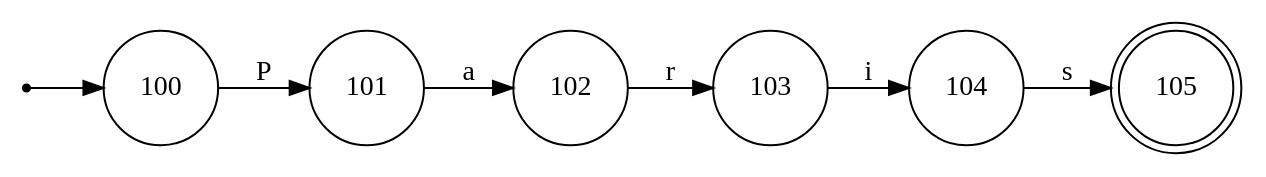
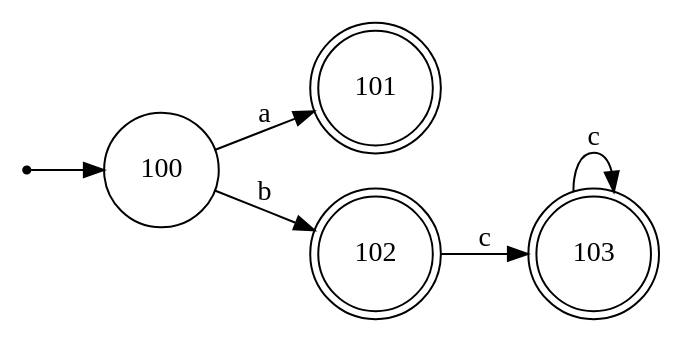
The diagram in automate_out/automateDFA.dot (zyucccc/DAAR_Petit_Projet), drawn with Graphviz before and after one commit. The commit also changed 3 other files, not shown here.

```diff
--- a/automate_out/automateDFA.dot
+++ b/automate_out/automateDFA.dot
@@ -1,12 +1,13 @@
 digraph Automate {
   rankdir=LR;
   node [shape=circle];
   start [shape=point];
   start -> 100;
-  105 [shape=doublecircle];
-  100 -> 101 [label="P"];
-  101 -> 102 [label="a"];
-  102 -> 103 [label="r"];
-  103 -> 104 [label="i"];
-  104 -> 105 [label="s"];
+  101 [shape=doublecircle];
+  102 [shape=doublecircle];
+  103 [shape=doublecircle];
+  100 -> 101 [label="a"];
+  100 -> 102 [label="b"];
+  102 -> 103 [label="c"];
+  103 -> 103 [label="c"];
 }
```
